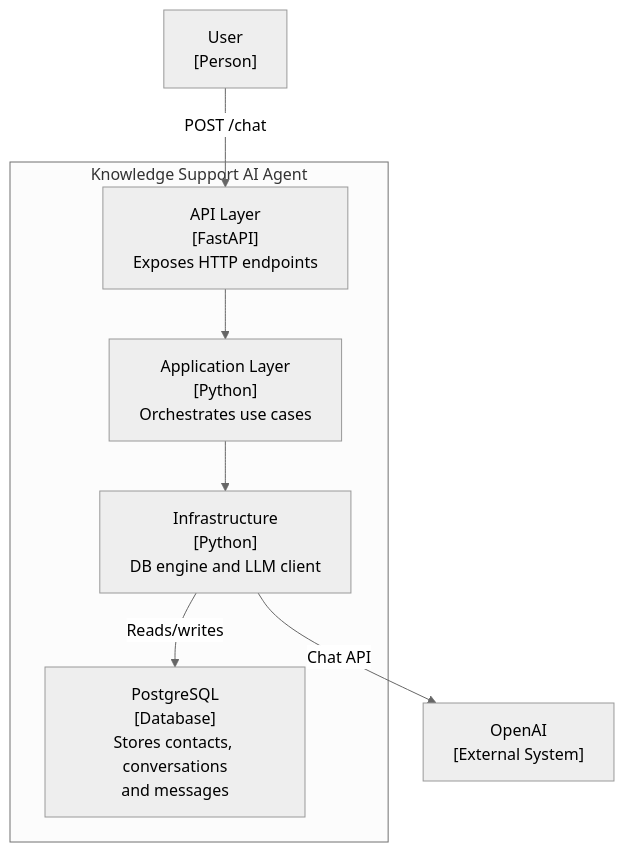
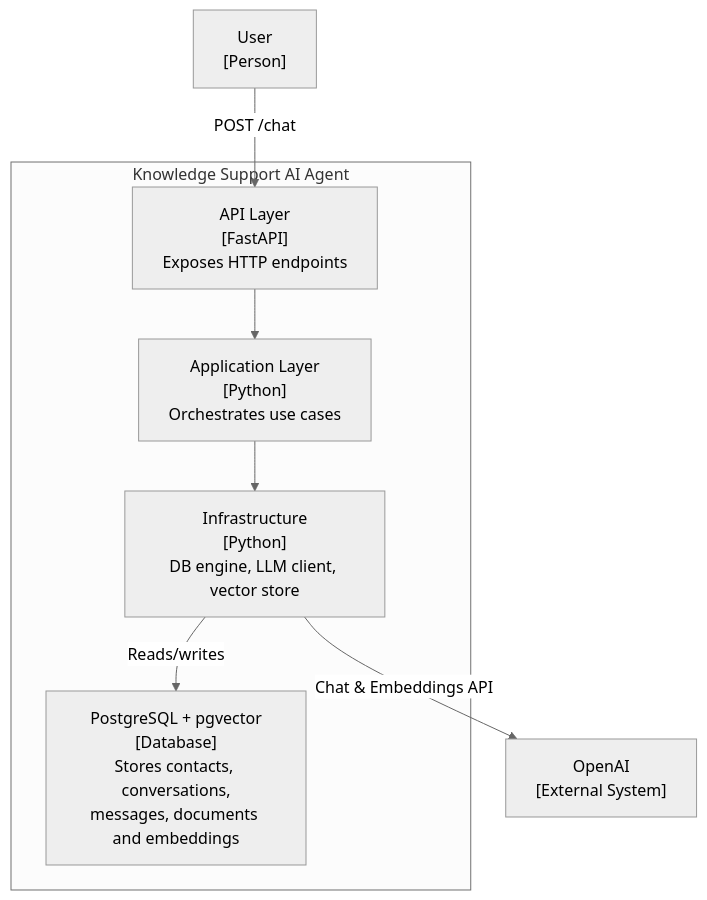
One commit to camercadop/knowledge-support-ai-agent changed the second of 3 diagrams in docs/architecture.md. Above: the diagram before and after it, drawn with Mermaid (neutral theme). The commit also changed other lines of this file and 27 other files, not shown here.

````diff
--- a/docs/architecture.md
+++ b/docs/architecture.md
@@ -23,18 +23,18 @@
 ```mermaid
 flowchart TB
     user["User\n[Person]"]
     openai["OpenAI\n[External System]"]
 
     subgraph agent["Knowledge Support AI Agent"]
         api["API Layer\n[FastAPI]\nExposes HTTP endpoints"]
         app["Application Layer\n[Python]\nOrchestrates use cases"]
-        infra["Infrastructure\n[Python]\nDB engine and LLM client"]
-        db["PostgreSQL\n[Database]\nStores contacts, conversations\nand messages"]
+        infra["Infrastructure\n[Python]\nDB engine, LLM client, vector store"]
+        db["PostgreSQL + pgvector\n[Database]\nStores contacts, conversations,\nmessages, documents and embeddings"]
     end
 
     user -->|"POST /chat"| api
     api --> app
     app --> infra
-    infra -->|"Chat API"| openai
+    infra -->|"Chat & Embeddings API"| openai
     infra -->|"Reads/writes"| db
 ```
````
